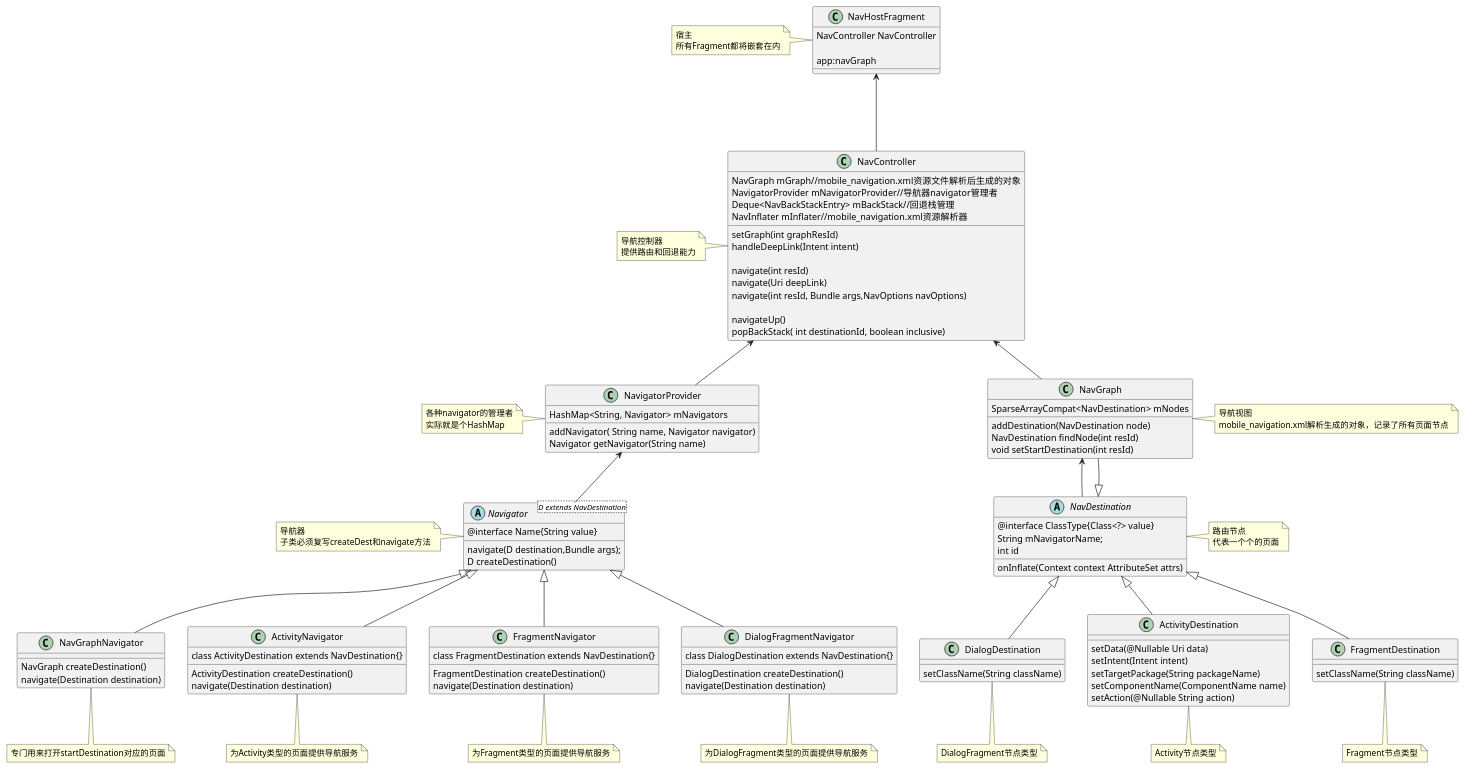
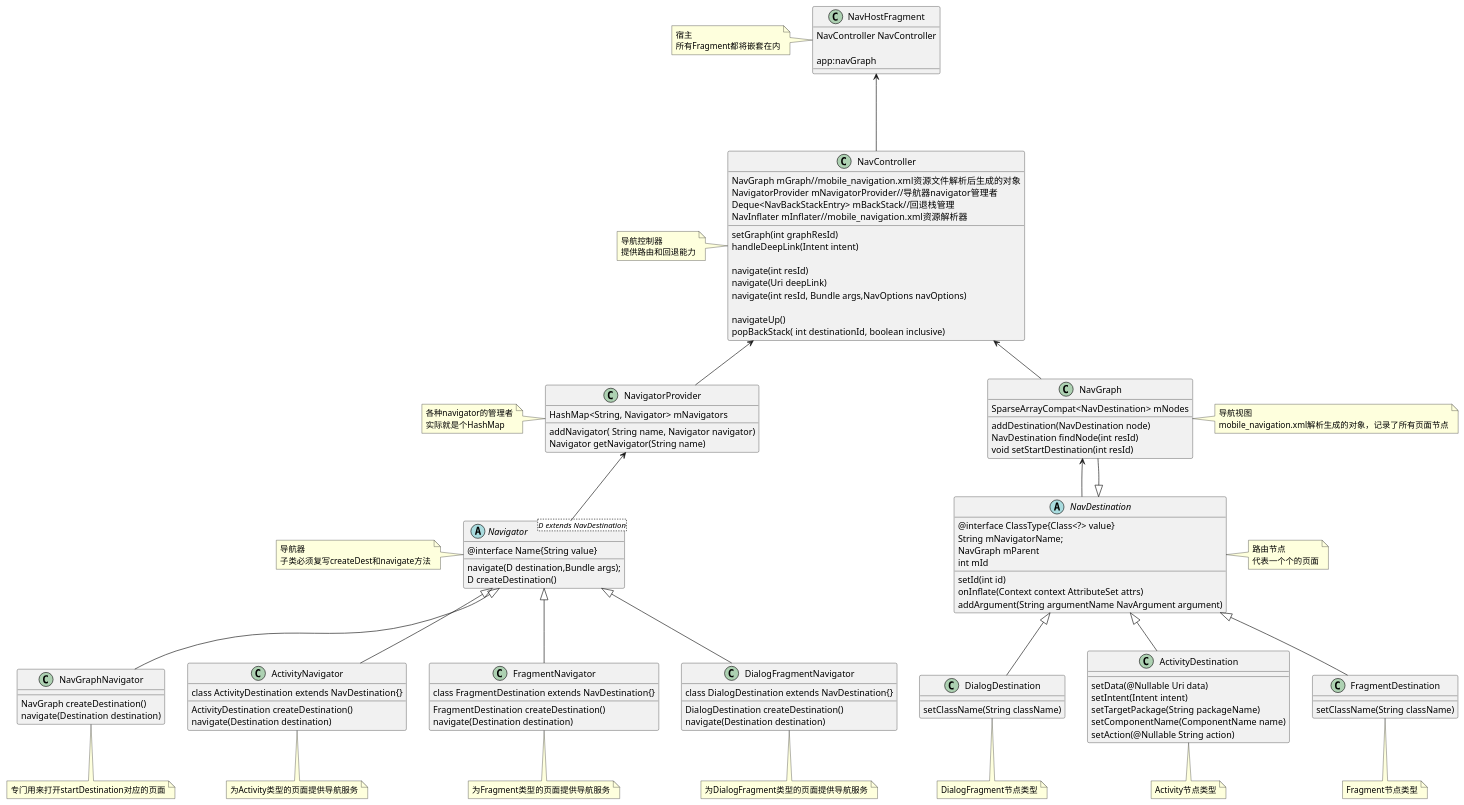
One commit to zion223/ImoocMobileArchitect changed the diagram in as-navigation/hi_navigation/app/src/main/java/org/devio/as/hi/hinavigation/navigation.puml. Above: the diagram before and after it, drawn with PlantUML. The commit also changed 2 other files, not shown here.

```diff
--- a/as-navigation/hi_navigation/app/src/main/java/org/devio/as/hi/hinavigation/navigation.puml
+++ b/as-navigation/hi_navigation/app/src/main/java/org/devio/as/hi/hinavigation/navigation.puml
@@ -1,115 +1,117 @@
 @startuml
 
 class NavHostFragment {
 
  NavController NavController
 
  app:navGraph
 }
 class NavController{
   NavGraph mGraph//mobile_navigation.xml资源文件解析后生成的对象
   NavigatorProvider mNavigatorProvider//导航器navigator管理者
   Deque<NavBackStackEntry> mBackStack//回退栈管理
   NavInflater mInflater//mobile_navigation.xml资源解析器
 
   setGraph(int graphResId)
   handleDeepLink(Intent intent)
 
   navigate(int resId)
   navigate(Uri deepLink)
   navigate(int resId, Bundle args,NavOptions navOptions)
 
   navigateUp()
   popBackStack( int destinationId, boolean inclusive)
 
 }
 
 
 class NavigatorProvider{
   HashMap<String, Navigator> mNavigators
   addNavigator( String name, Navigator navigator)
   Navigator getNavigator(String name)
 }
 
 abstract class NavDestination{
 
     @interface ClassType{Class<?> value}
     String mNavigatorName;
-    int id
+    NavGraph mParent
+    int mId
 
+    setId(int id)
     onInflate(Context context AttributeSet attrs)
-
+    addArgument(String argumentName NavArgument argument)
 }
 
 class NavGraph extends NavDestination{
   SparseArrayCompat<NavDestination> mNodes
   addDestination(NavDestination node)
   NavDestination findNode(int resId)
   void setStartDestination(int resId)
 }
 
 
 class FragmentDestination extends NavDestination{
    setClassName(String className)
 }
 class DialogDestination extends NavDestination{
  setClassName(String className)
 }
 class ActivityDestination extends NavDestination{
      setData(@Nullable Uri data)
      setIntent(Intent intent)
      setTargetPackage(String packageName)
      setComponentName(ComponentName name)
      setAction(@Nullable String action)
 }
 
 class ActivityNavigator extends Navigator{
     class ActivityDestination extends NavDestination{}
     ActivityDestination createDestination()
     navigate(Destination destination)
 }
 class FragmentNavigator extends Navigator  {
     class FragmentDestination extends NavDestination{}
     FragmentDestination createDestination()
     navigate(Destination destination)
 }
 class DialogFragmentNavigator extends Navigator{
     class DialogDestination extends NavDestination{}
     DialogDestination createDestination()
     navigate(Destination destination)
 }
 class NavGraphNavigator extends Navigator{
 
     NavGraph createDestination()
     navigate(Destination destination)
 }
 
 abstract class Navigator<D extends NavDestination>{
  @interface Name{String value}
  navigate(D destination,Bundle args);
  D createDestination()
 }
 
 NavHostFragment<---NavController
 NavController<--NavigatorProvider
 NavController<--NavGraph
 NavGraph<--NavDestination
 NavigatorProvider<--Navigator
 
 
 note left of NavHostFragment:宿主\n所有Fragment都将嵌套在内
 note left of NavController:导航控制器\n提供路由和回退能力
 note left of NavigatorProvider:各种navigator的管理者\n实际就是个HashMap
 note right of NavGraph:导航视图\nmobile_navigation.xml解析生成的对象，记录了所有页面节点
 note left of Navigator:导航器\n子类必须复写createDest和navigate方法
 note right of NavDestination:路由节点\n代表一个个的页面
 note bottom of NavGraphNavigator:专门用来打开startDestination对应的页面
 note bottom of ActivityNavigator:为Activity类型的页面提供导航服务
 note bottom of FragmentNavigator:为Fragment类型的页面提供导航服务
 note bottom of DialogFragmentNavigator:为DialogFragment类型的页面提供导航服务
 note bottom of DialogDestination:DialogFragment节点类型
 note bottom of ActivityDestination:Activity节点类型
 note bottom of FragmentDestination:Fragment节点类型
 
 
 @enduml
```
